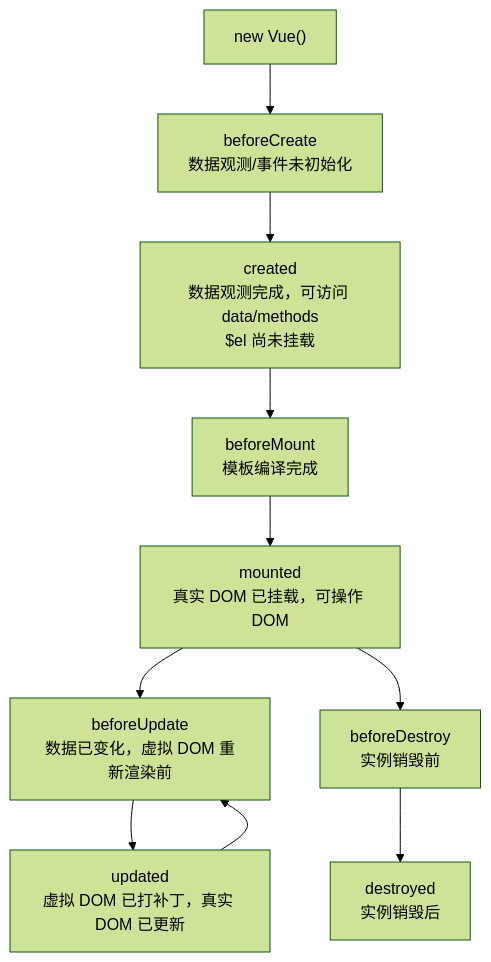
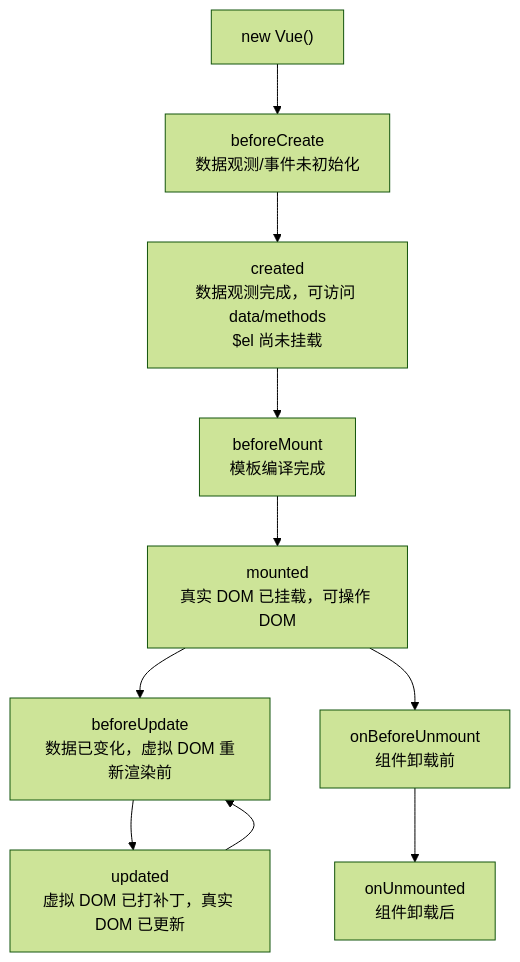
One commit to KMaybe01/common changed diagram 19 of 46 in S2-框架深入/02-Vue3.md. Above: the diagram before and after it, drawn with Mermaid (forest theme). The commit also changed other lines of this file and 12 other files, not shown here.

````diff
--- a/S2-框架深入/02-Vue3.md
+++ b/S2-框架深入/02-Vue3.md
@@ -1284,14 +1284,14 @@
 ```mermaid
 flowchart TD
     start["new Vue()"] --> beforeCreate["beforeCreate<br/>数据观测/事件未初始化"]
     beforeCreate --> created["created<br/>数据观测完成，可访问 data/methods<br/>$el 尚未挂载"]
     created --> beforeMount["beforeMount<br/>模板编译完成"]
     beforeMount --> mounted["mounted<br/>真实 DOM 已挂载，可操作 DOM"]
 
     mounted --> beforeUpdate["beforeUpdate<br/>数据已变化，虚拟 DOM 重新渲染前"]
     beforeUpdate --> updated["updated<br/>虚拟 DOM 已打补丁，真实 DOM 已更新"]
     updated --> beforeUpdate
 
-    mounted --> beforeDestroy["beforeDestroy<br/>实例销毁前"]
-    beforeDestroy --> destroyed["destroyed<br/>实例销毁后"]
+    mounted --> onBeforeUnmount["onBeforeUnmount<br/>组件卸载前"]
+    onBeforeUnmount --> onUnmounted["onUnmounted<br/>组件卸载后"]
 ```
````
